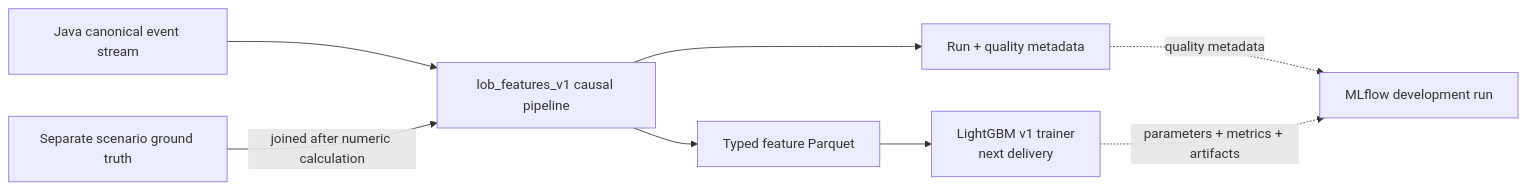
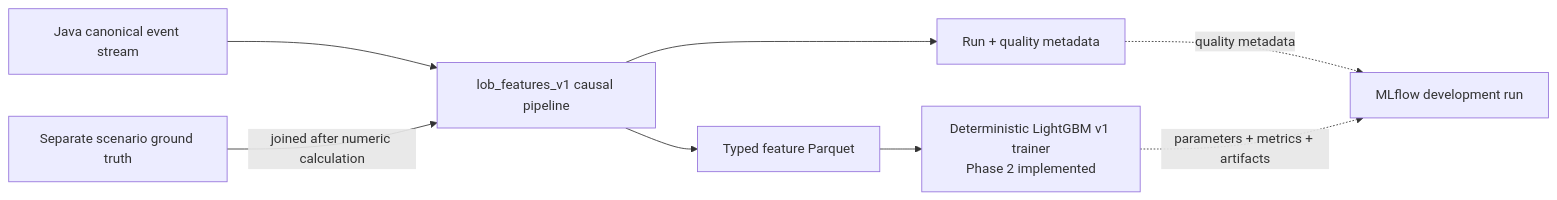
One commit to khab40/lob-arena changed the third of 8 diagrams in docs/architecture.md. Above: the diagram before and after it, drawn with Mermaid. The commit also changed other lines of this file and 18 other files, not shown here.

Commit message:
feat(ml): add deterministic LightGBM phase 2 trainer

````diff
--- a/docs/architecture.md
+++ b/docs/architecture.md
@@ -166,18 +166,18 @@
 ```mermaid
 graph LR
     Canonical["Java canonical event stream"]
     Feature["lob_features_v1 causal pipeline"]
     Truth["Separate scenario ground truth"]
     Parquet["Typed feature Parquet"]
     Quality["Run + quality metadata"]
-    Trainer["LightGBM v1 trainer<br/>next delivery"]
+    Trainer["Deterministic LightGBM v1 trainer<br/>Phase 2 implemented"]
     MLflow["MLflow development run"]
 
     Canonical --> Feature
     Truth -->|"joined after numeric calculation"| Feature
     Feature --> Parquet
     Feature --> Quality
     Parquet --> Trainer
     Quality -. "quality metadata" .-> MLflow
     Trainer -. "parameters + metrics + artifacts" .-> MLflow
 ```
````
